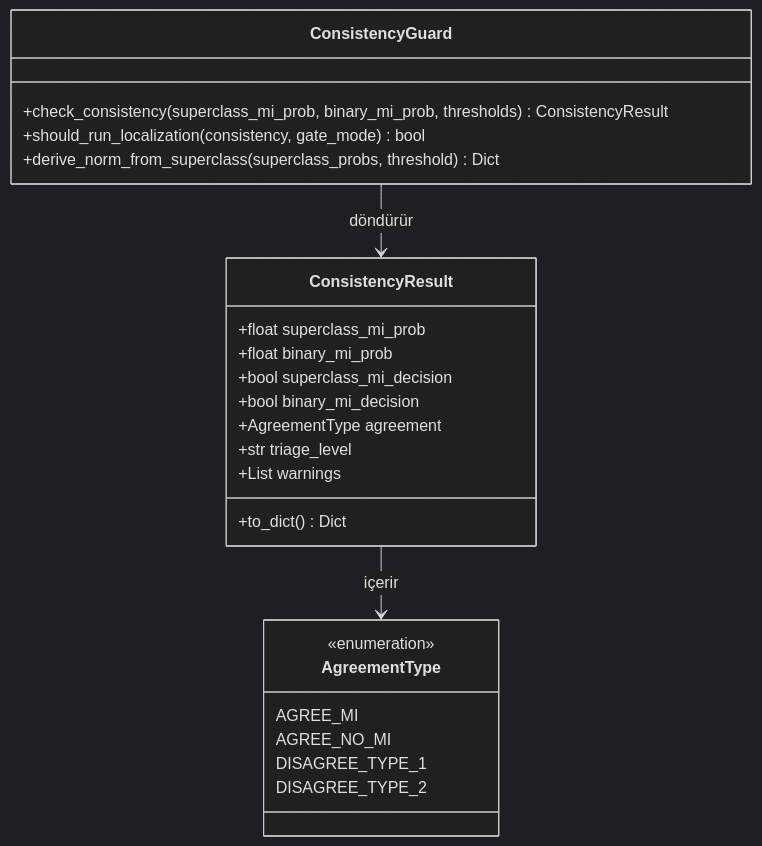
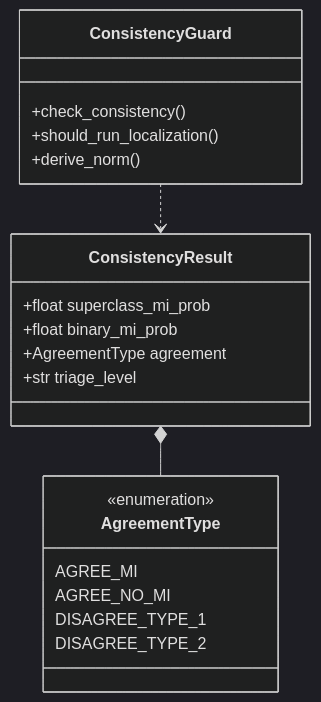
The third of 8 diagrams in docs/diagrams/03_class_diagram.md (mUsaulug/CardioGuard-AI), drawn with Mermaid (dark theme) before and after one commit. The commit also changed other lines of this file and 3 other files, not shown here.

````diff
--- a/docs/diagrams/03_class_diagram.md
+++ b/docs/diagrams/03_class_diagram.md
@@ -259,32 +117,28 @@
 ```mermaid
 classDiagram
     direction TB
     
     class AgreementType {
         <<enumeration>>
         AGREE_MI
         AGREE_NO_MI
         DISAGREE_TYPE_1
         DISAGREE_TYPE_2
     }
     
     class ConsistencyResult {
         +float superclass_mi_prob
         +float binary_mi_prob
-        +bool superclass_mi_decision
-        +bool binary_mi_decision
         +AgreementType agreement
         +str triage_level
-        +List warnings
-        +to_dict() Dict
     }
     
     class ConsistencyGuard {
-        +check_consistency(superclass_mi_prob, binary_mi_prob, thresholds) ConsistencyResult
-        +should_run_localization(consistency, gate_mode) bool
-        +derive_norm_from_superclass(superclass_probs, threshold) Dict
+        +check_consistency()
+        +should_run_localization()
+        +derive_norm()
     }
     
-    ConsistencyResult --> AgreementType : içerir
-    ConsistencyGuard --> ConsistencyResult : döndürür
+    ConsistencyResult *-- AgreementType
+    ConsistencyGuard ..> ConsistencyResult
 ```
````
